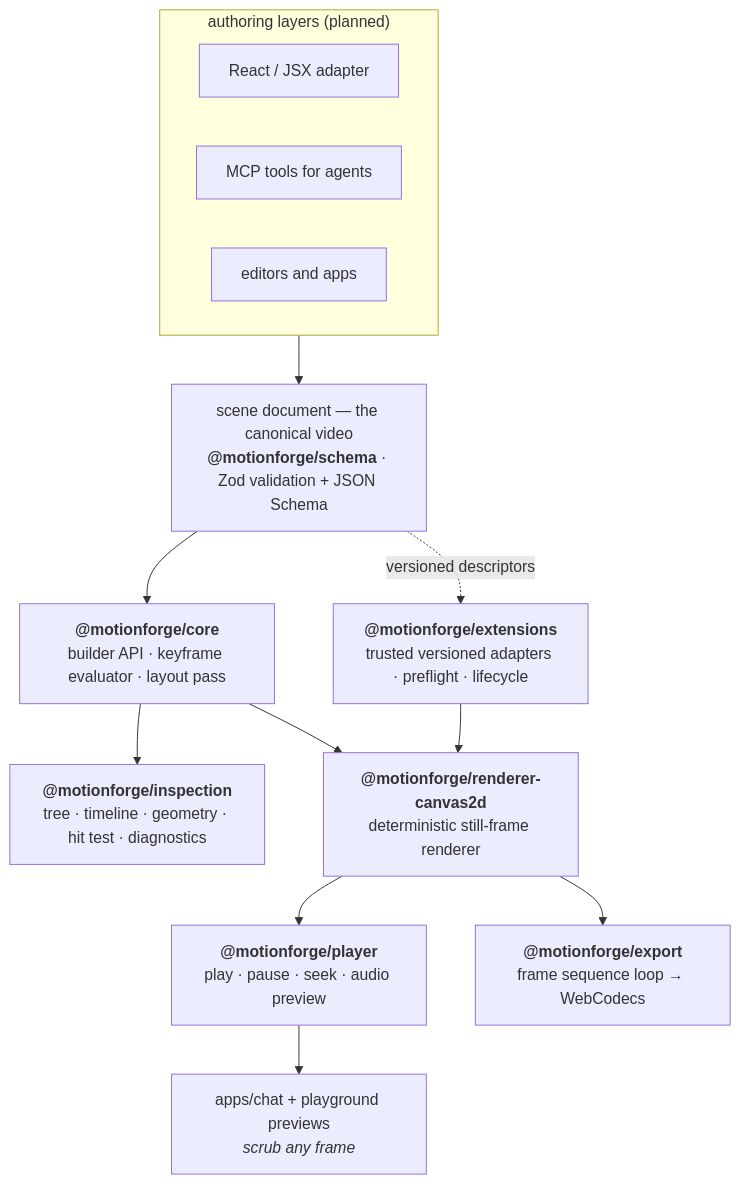
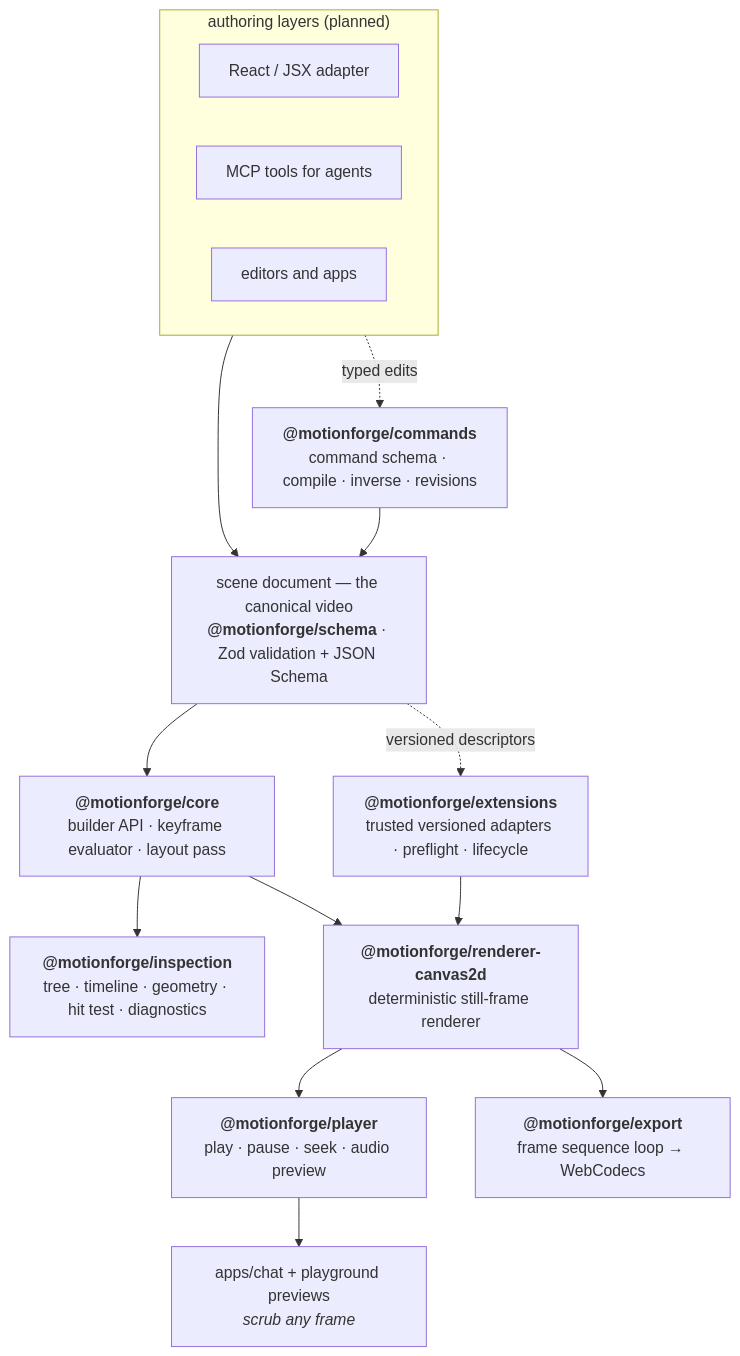
One commit to PansaLegrand/dojo-video-engine changed the second of 2 diagrams in README.md. Above: the diagram before and after it, drawn with Mermaid. The commit also changed other lines of this file and 30 other files, not shown here.

Commit message:
feat: add typed scene commands and workspace

````diff
--- a/README.md
+++ b/README.md
@@ -54,20 +54,22 @@
 ```mermaid
 flowchart TB
     subgraph adapters ["authoring layers (planned)"]
         direction LR
         JSX["React / JSX adapter"]
         MCP["MCP tools for agents"]
         ED["editors and apps"]
     end
 
     adapters --> SCENE["scene document — the canonical video<br/><b>@motionforge/schema</b> · Zod validation + JSON Schema"]
+    adapters -. "typed edits" .-> COMMANDS["<b>@motionforge/commands</b><br/>command schema · compile · inverse · revisions"]
+    COMMANDS --> SCENE
 
     SCENE --> CORE["<b>@motionforge/core</b><br/>builder API · keyframe evaluator · layout pass"]
     CORE --> INSPECT["<b>@motionforge/inspection</b><br/>tree · timeline · geometry · hit test · diagnostics"]
     SCENE -. "versioned descriptors" .-> EXT["<b>@motionforge/extensions</b><br/>trusted versioned adapters · preflight · lifecycle"]
     EXT --> R2D
     CORE --> R2D["<b>@motionforge/renderer-canvas2d</b><br/>deterministic still-frame renderer"]
     R2D --> PLAYER["<b>@motionforge/player</b><br/>play · pause · seek · audio preview"]
     PLAYER --> PREVIEW["apps/chat + playground previews<br/><i>scrub any frame</i>"]
     R2D --> EXPORT["<b>@motionforge/export</b><br/>frame sequence loop → WebCodecs"]
 ```
````
